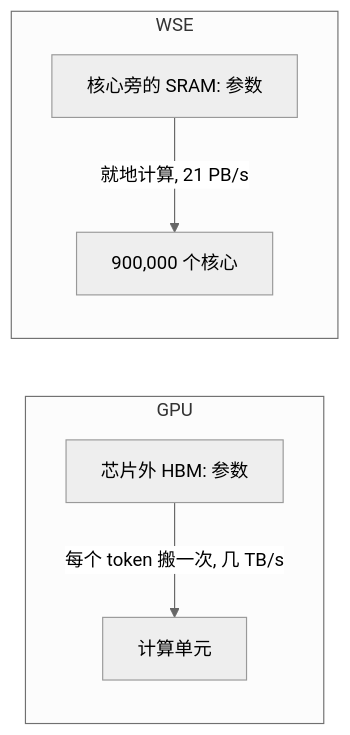
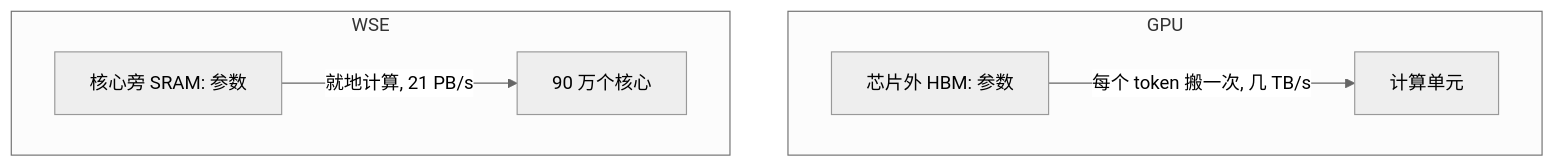
Before and after one commit to ChiChasesCheese/trellis: the diagram in vault/interviews/companies/cerebras/deck/cards/company/cbr-company-why-fast.md, drawn with Mermaid (neutral theme). The commit also changed 27 other files, not shown here.

First line of the commit message:
Cerebras HM prep: phone-sized diagrams and two corrected facts in the 100 cards for the hiring-manager round

````diff
--- a/vault/interviews/companies/cerebras/deck/cards/company/cbr-company-why-fast.md
+++ b/vault/interviews/companies/cerebras/deck/cards/company/cbr-company-why-fast.md
@@ -20,9 +20,9 @@
 ```mermaid
-flowchart LR
+flowchart TD
     subgraph GPU
         H["芯片外 HBM: 参数"] -- "每个 token 搬一次, 几 TB/s" --> C1["计算单元"]
     end
     subgraph WSE
-        S["核心旁的 SRAM: 参数"] -- "就地计算, 21 PB/s" --> C2["900,000 个核心"]
+        S["核心旁 SRAM: 参数"] -- "就地计算, 21 PB/s" --> C2["90 万个核心"]
     end
 ```
````
